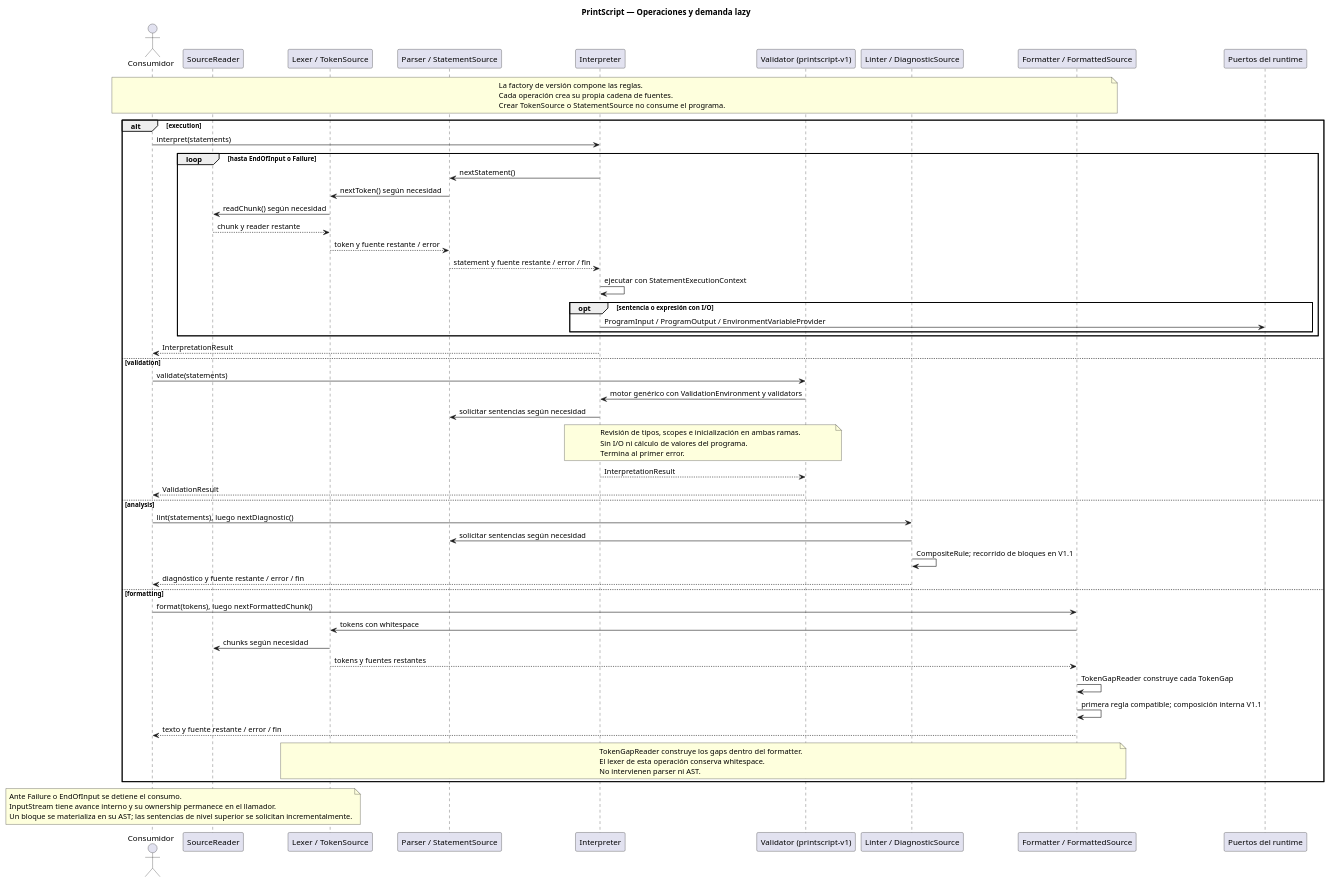
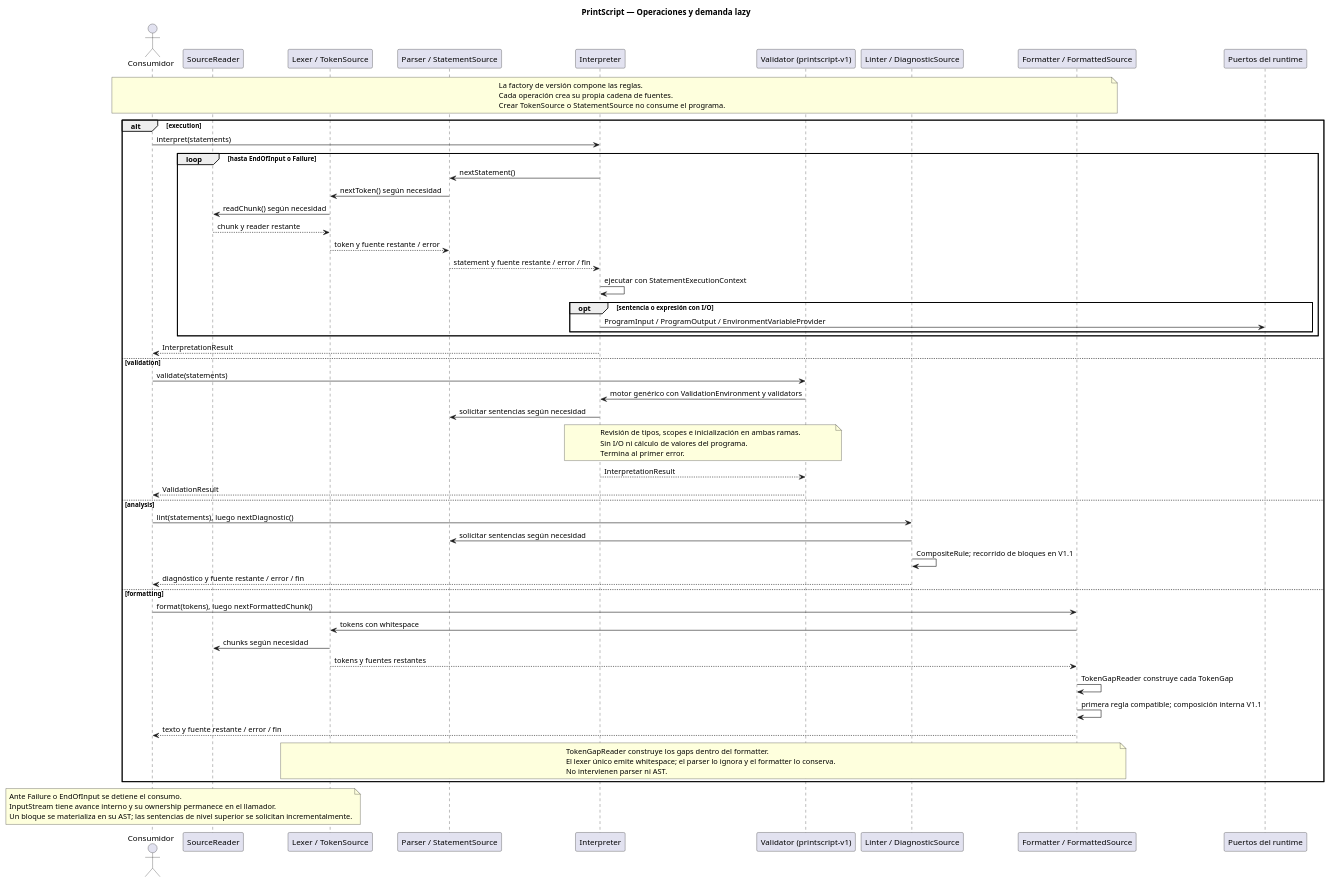
The diagram in docs/diagrams/flujo.puml (JJT-INGSIS/printscript), drawn with PlantUML before and after one commit. The commit also changed 35 other files, not shown here.

Commit message:
refactor(lexer): unifica la tokenización preservando whitespace (#100)

```diff
--- a/docs/diagrams/flujo.puml
+++ b/docs/diagrams/flujo.puml
@@ -1,71 +1,71 @@
 @startuml printscript-flujo
 title PrintScript — Operaciones y demanda lazy
 skinparam shadowing false
 actor Consumidor as C
 participant SourceReader as R
 participant "Lexer / TokenSource" as T
 participant "Parser / StatementSource" as S
 participant Interpreter as I
 participant "Validator (printscript-v1)" as V
 participant "Linter / DiagnosticSource" as L
 participant "Formatter / FormattedSource" as F
 participant "Puertos del runtime" as IO
 
 note over C,F
   La factory de versión compone las reglas.
   Cada operación crea su propia cadena de fuentes.
   Crear TokenSource o StatementSource no consume el programa.
 end note
 
 alt execution
   C -> I : interpret(statements)
   loop hasta EndOfInput o Failure
     I -> S : nextStatement()
     S -> T : nextToken() según necesidad
     T -> R : readChunk() según necesidad
     R --> T : chunk y reader restante
     T --> S : token y fuente restante / error
     S --> I : statement y fuente restante / error / fin
     I -> I : ejecutar con StatementExecutionContext
     opt sentencia o expresión con I/O
       I -> IO : ProgramInput / ProgramOutput / EnvironmentVariableProvider
     end
   end
   I --> C : InterpretationResult
 else validation
   C -> V : validate(statements)
   V -> I : motor genérico con ValidationEnvironment y validators
   I -> S : solicitar sentencias según necesidad
   note over I,V
     Revisión de tipos, scopes e inicialización en ambas ramas.
     Sin I/O ni cálculo de valores del programa.
     Termina al primer error.
   end note
   I --> V : InterpretationResult
   V --> C : ValidationResult
 else analysis
   C -> L : lint(statements), luego nextDiagnostic()
   L -> S : solicitar sentencias según necesidad
   L -> L : CompositeRule; recorrido de bloques en V1.1
   L --> C : diagnóstico y fuente restante / error / fin
 else formatting
   C -> F : format(tokens), luego nextFormattedChunk()
   F -> T : tokens con whitespace
   T -> R : chunks según necesidad
   T --> F : tokens y fuentes restantes
   F -> F : TokenGapReader construye cada TokenGap
   F -> F : primera regla compatible; composición interna V1.1
   F --> C : texto y fuente restante / error / fin
   note over T,F
     TokenGapReader construye los gaps dentro del formatter.
-    El lexer de esta operación conserva whitespace.
+    El lexer único emite whitespace; el parser lo ignora y el formatter lo conserva.
     No intervienen parser ni AST.
   end note
 end
 
 note over C,R
   Ante Failure o EndOfInput se detiene el consumo.
   InputStream tiene avance interno y su ownership permanece en el llamador.
   Un bloque se materializa en su AST; las sentencias de nivel superior se solicitan incrementalmente.
 end note
 @enduml
```
